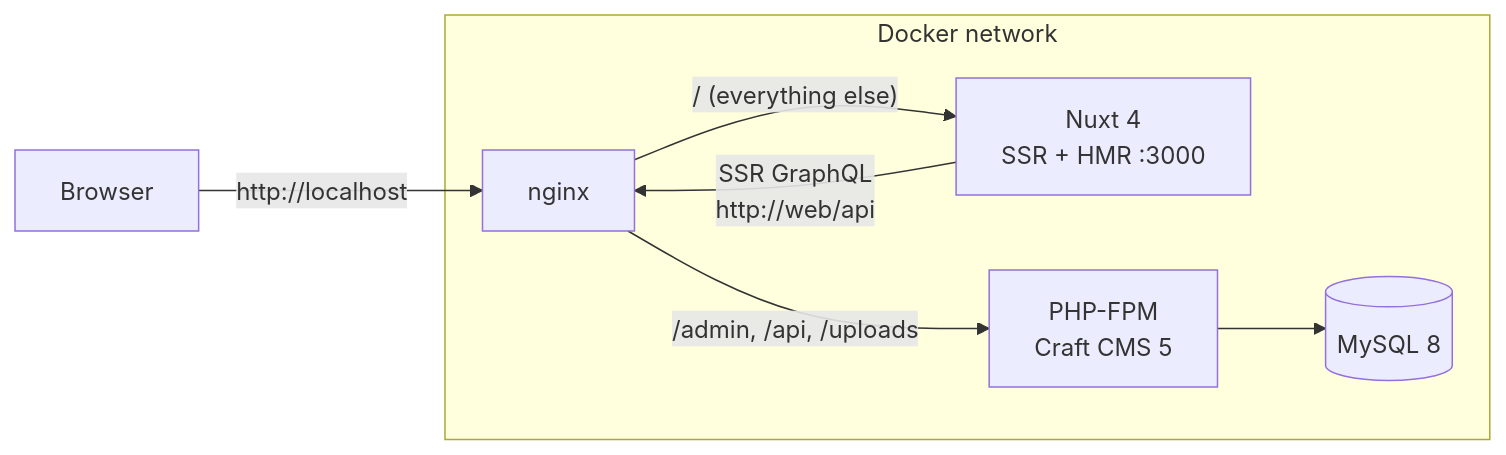
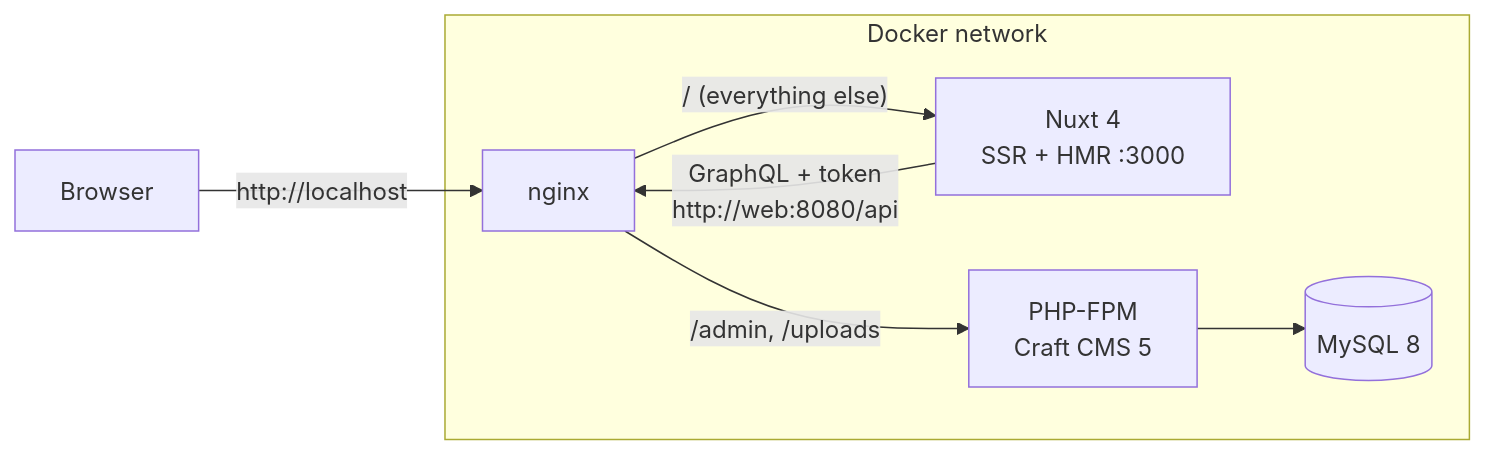
The diagram in README.md (Fildes3d3/craft-nuxt-starter), drawn with Mermaid before and after one commit. The commit also changed other lines of this file and 24 other files, not shown here.

First line of the commit message:
security: make Craft GraphQL private; update Craft to 5.12.2

````diff
--- a/README.md
+++ b/README.md
@@ -50,11 +52,11 @@
 ```mermaid
 graph LR
     Browser -->|http://localhost| nginx
 
     subgraph Docker network
         nginx -->|"/ (everything else)"| Nuxt["Nuxt 4<br/>SSR + HMR :3000"]
-        nginx -->|"/admin, /api, /uploads"| PHP["PHP-FPM<br/>Craft CMS 5"]
-        Nuxt -->|"SSR GraphQL<br/>http://web/api"| nginx
+        nginx -->|"/admin, /uploads"| PHP["PHP-FPM<br/>Craft CMS 5"]
+        Nuxt -->|"GraphQL + token<br/>http://web:8080/api"| nginx
         PHP --> MySQL[(MySQL 8)]
     end
 ```
````
